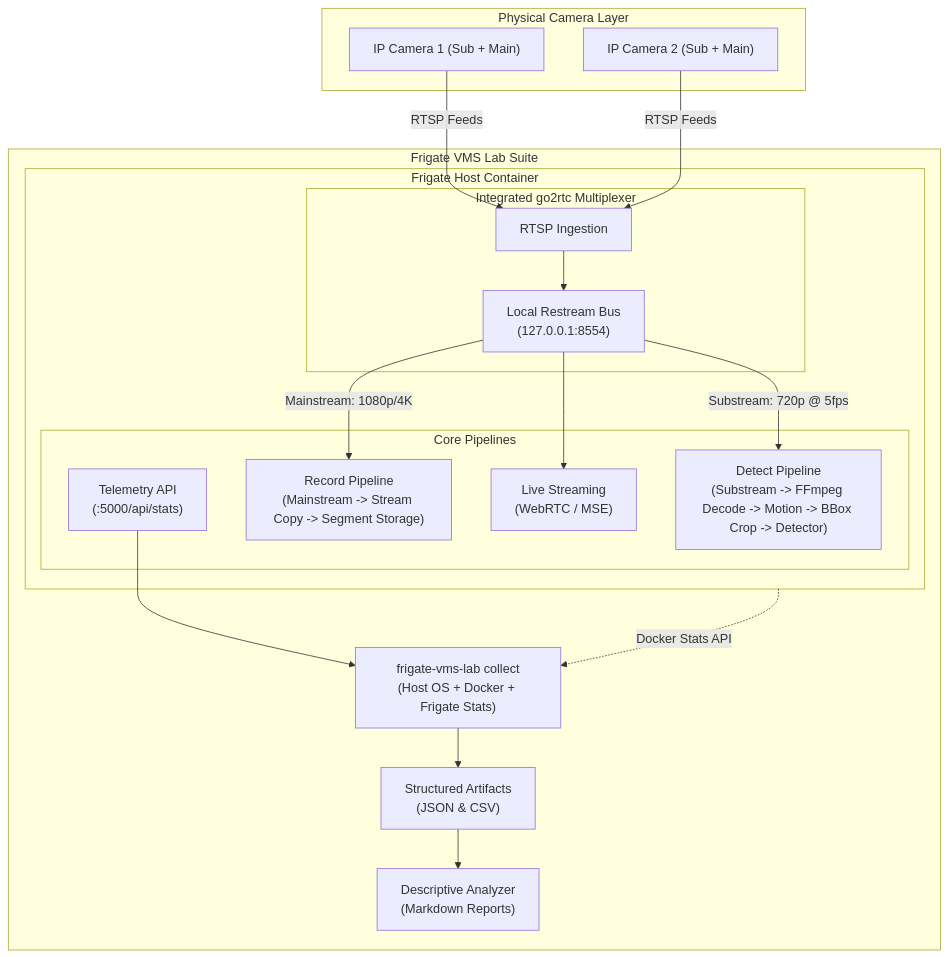
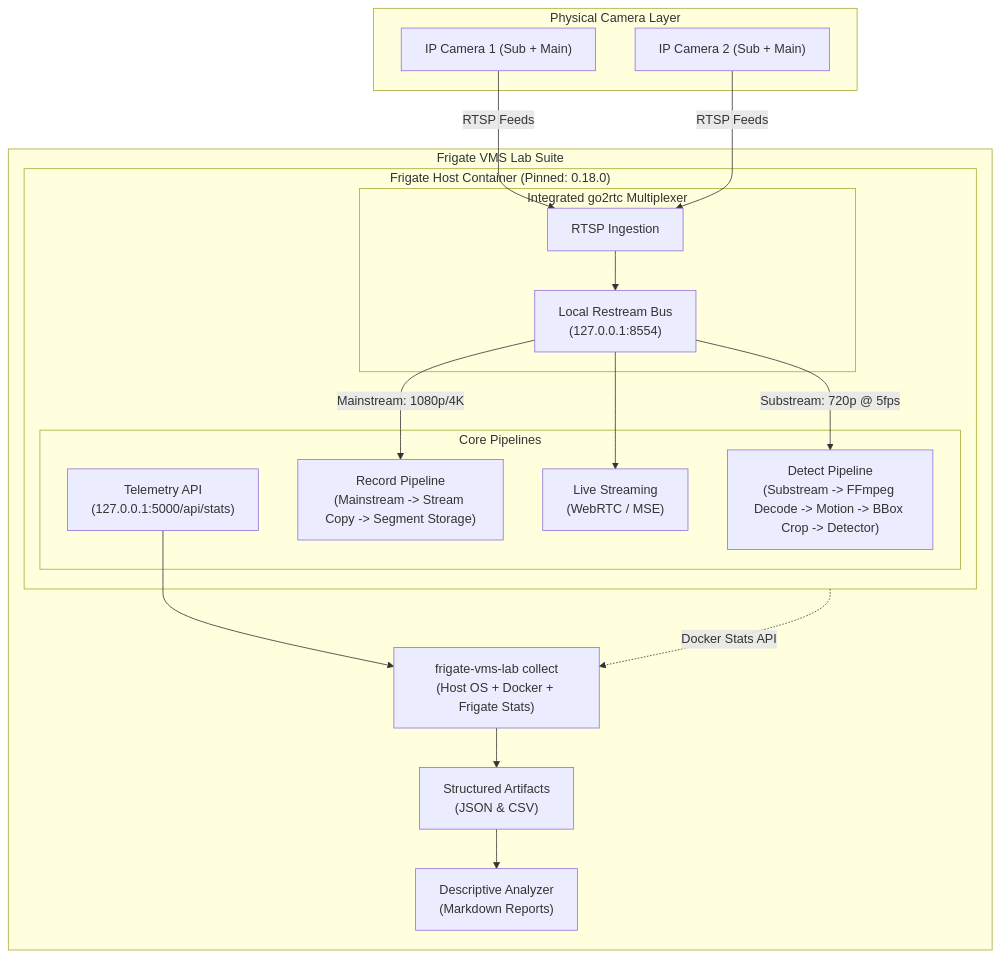
Before and after one commit to Roojool/Frigate-VMS-Lab: the diagram in README.md, drawn with Mermaid. The commit also changed other lines of this file and 13 other files, not shown here.

````diff
--- a/README.md
+++ b/README.md
@@ -39,39 +40,39 @@
 ```mermaid
 flowchart TD
     subgraph Cameras["Physical Camera Layer"]
         C1["IP Camera 1 (Sub + Main)"]
         C2["IP Camera 2 (Sub + Main)"]
     end
 
-    subgraph Frigate["Frigate Host Container"]
+    subgraph Frigate["Frigate Host Container (Pinned: 0.18.0)"]
         subgraph go2rtc["Integrated go2rtc Multiplexer"]
             Ingest["RTSP Ingestion"]
             LocalRestream["Local Restream Bus<br/>(127.0.0.1:8554)"]
             Ingest --> LocalRestream
         end
 
         subgraph Pipelines["Core Pipelines"]
             DetectPipe["Detect Pipeline<br/>(Substream -> FFmpeg Decode -> Motion -> BBox Crop -> Detector)"]
             RecordPipe["Record Pipeline<br/>(Mainstream -> Stream Copy -> Segment Storage)"]
             LiveAPI["Live Streaming<br/>(WebRTC / MSE)"]
-            StatsAPI["Telemetry API<br/>(:5000/api/stats)"]
+            StatsAPI["Telemetry API<br/>(127.0.0.1:5000/api/stats)"]
         end
 
         LocalRestream -->|Substream: 720p @ 5fps| DetectPipe
         LocalRestream -->|Mainstream: 1080p/4K| RecordPipe
         LocalRestream --> LiveAPI
     end
 
     subgraph Instrumentation["Frigate VMS Lab Suite"]
         Collector["frigate-vms-lab collect<br/>(Host OS + Docker + Frigate Stats)"]
         Artifacts["Structured Artifacts<br/>(JSON & CSV)"]
         Reports["Descriptive Analyzer<br/>(Markdown Reports)"]
 
         StatsAPI --> Collector
         Frigate -.->|Docker Stats API| Collector
         Collector --> Artifacts --> Reports
     end
 
     C1 -->|RTSP Feeds| Ingest
     C2 -->|RTSP Feeds| Ingest
 ```
````
